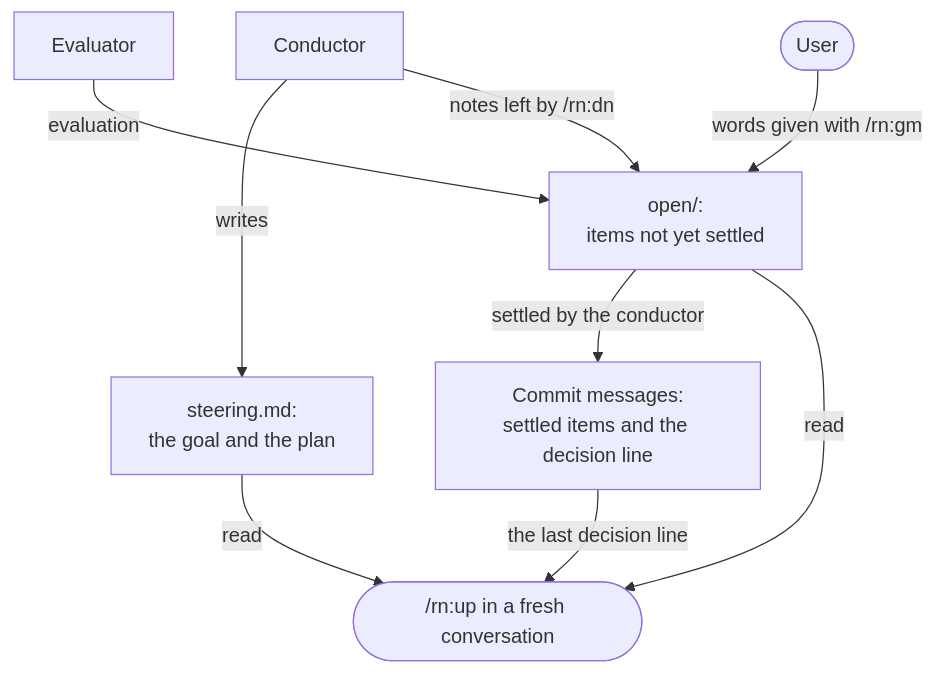
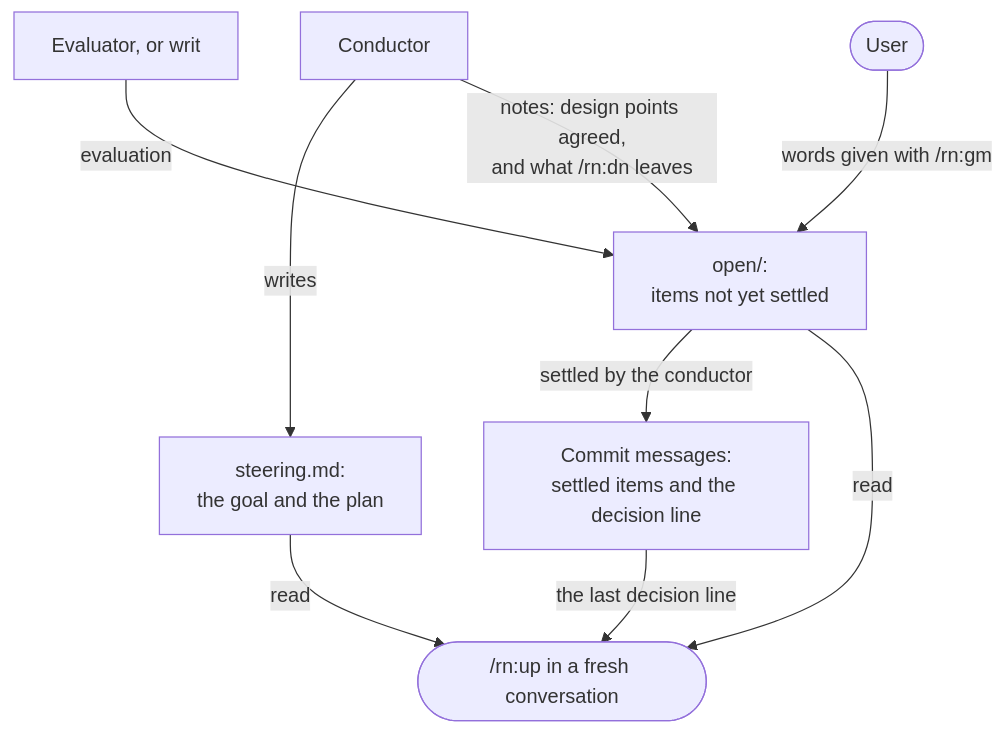
Before and after one commit to lovaizu/ccpm: the fourth of 4 diagrams in rn/docs/design.md, drawn with Mermaid. The commit also changed other lines of this file, not shown here.

First line of the commit message:
docs(rn): design points agreed wait in open/ until writ writes them, and what writ returns is kept and settled as an evaluation

````diff
--- a/rn/docs/design.md
+++ b/rn/docs/design.md
@@ -229,18 +230,18 @@
 ```mermaid
 flowchart TD
     U(["User"])
     C["Conductor"]
-    E["Evaluator"]
+    E["Evaluator, or writ"]
     S["steering.md:<br/>the goal and the plan"]
     O["open/:<br/>items not yet settled"]
     M["Commit messages:<br/>settled items and the decision line"]
     UP(["/rn:up in a fresh conversation"])
     C -->|"writes"| S
     E -->|"evaluation"| O
     U -->|"words given with /rn:gm"| O
-    C -->|"notes left by /rn:dn"| O
+    C -->|"notes: design points agreed,<br/>and what /rn:dn leaves"| O
     O -->|"settled by the conductor"| M
     S -->|"read"| UP
     O -->|"read"| UP
     M -->|"the last decision line"| UP
 ```
````
